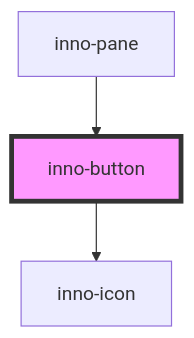
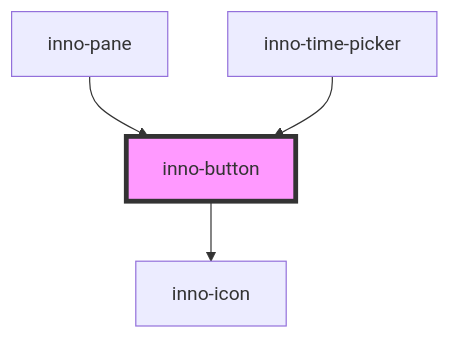
Before and after one commit to innomotics/brand-experience: the diagram in packages/stencil-lib/src/components/inno-button/readme.md, drawn with Mermaid. The commit also changed other lines of this file and 31 other files, not shown here.

Commit message:
Add inno-date-picker

````diff
--- a/packages/stencil-lib/src/components/inno-button/readme.md
+++ b/packages/stencil-lib/src/components/inno-button/readme.md
@@ -257,6 +258,7 @@
 ```mermaid
 graph TD;
   inno-button --> inno-icon
   inno-pane --> inno-button
+  inno-time-picker --> inno-button
   style inno-button fill:#f9f,stroke:#333,stroke-width:4px
 ```
````
